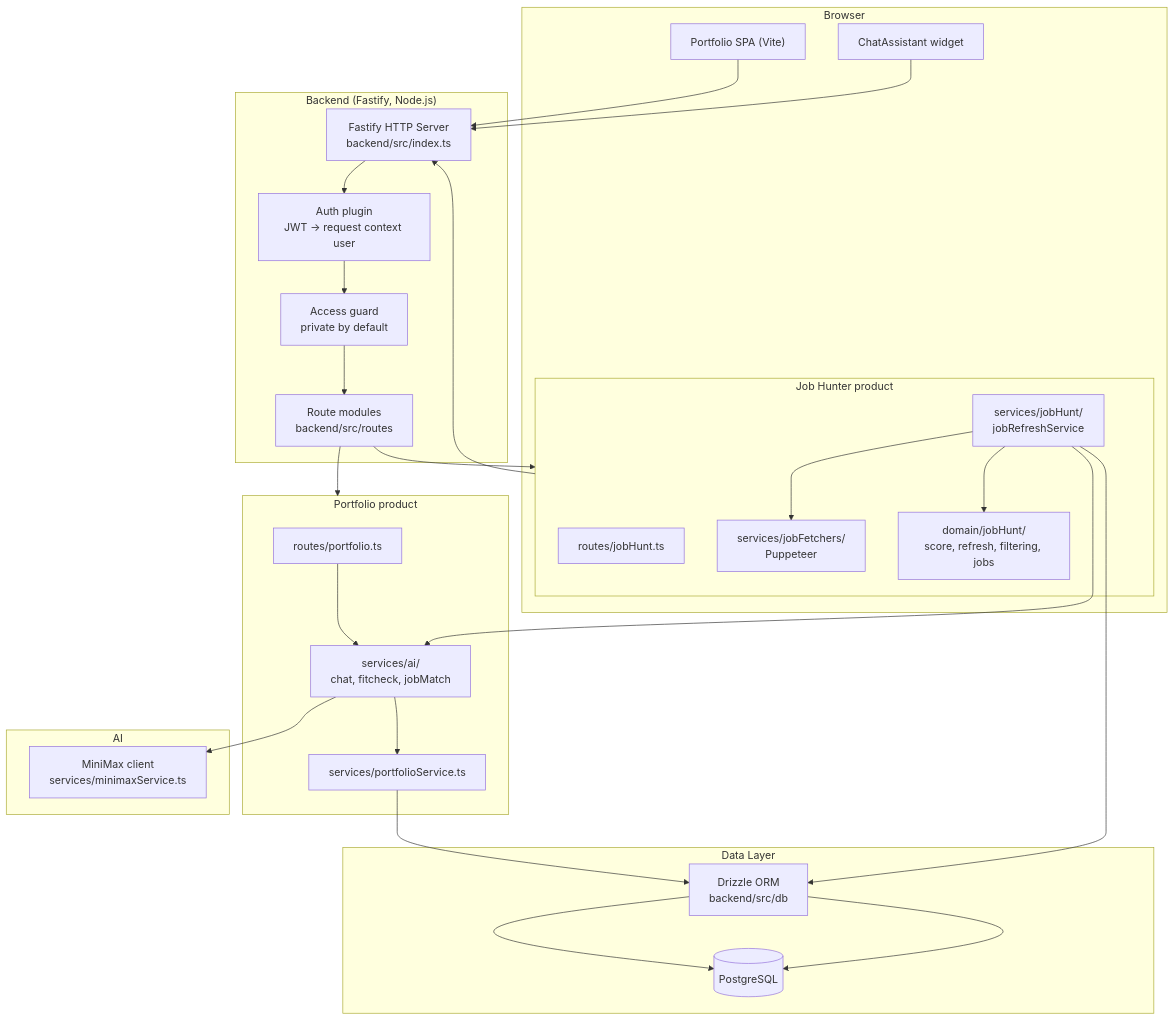
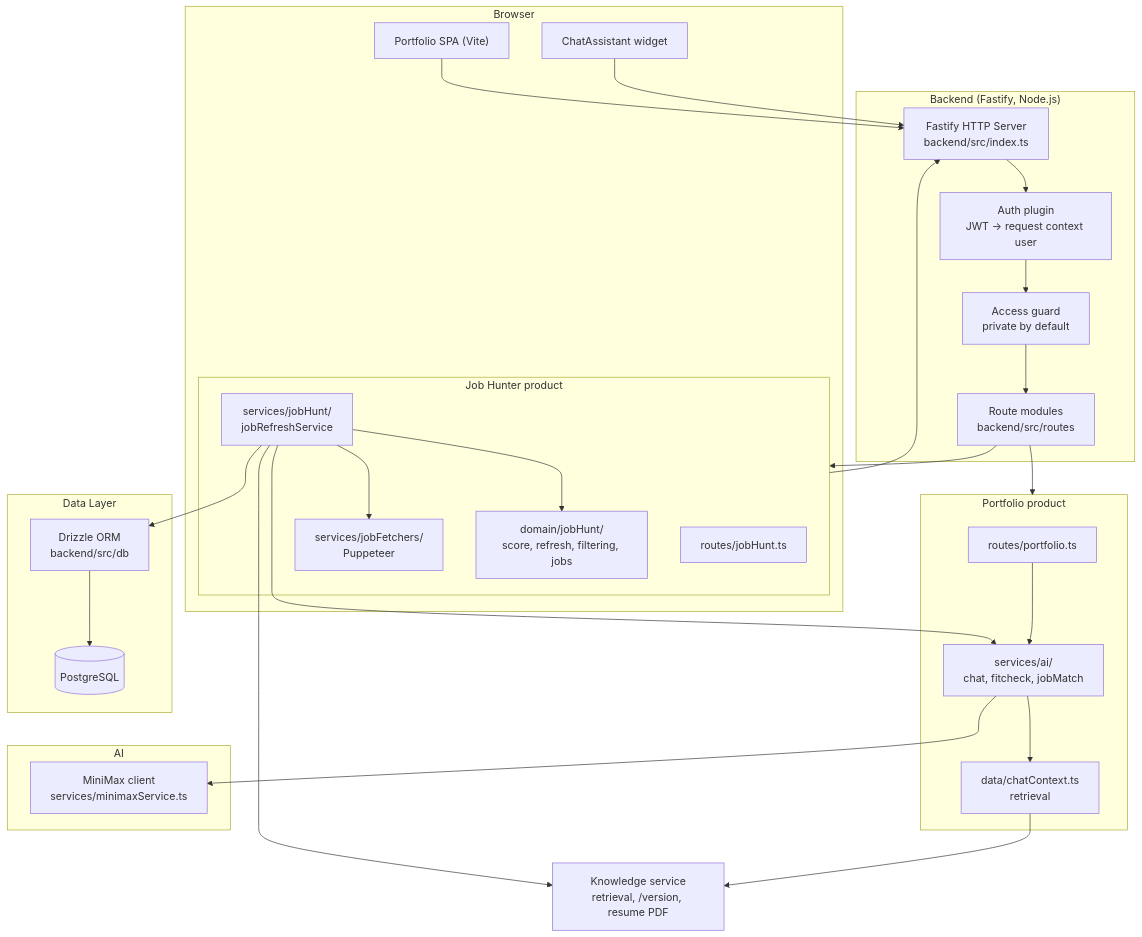
Before and after one commit to raymanguino/six7swe: the first of 2 diagrams in docs/architecture.md, drawn with Mermaid. The commit also changed other lines of this file and 28 other files, not shown here.

````diff
--- a/docs/architecture.md
+++ b/docs/architecture.md
@@ -17,50 +18,53 @@
 ```mermaid
 flowchart TB
   subgraph Browser["Browser"]
     UI["Portfolio SPA (Vite)"]
     Chat["ChatAssistant widget"]
     Hunter["/hunter pages (signed in)"]
   end
 
   subgraph Backend["Backend (Fastify, Node.js)"]
     Fastify["Fastify HTTP Server\nbackend/src/index.ts"]
     Auth["Auth plugin\nJWT -> request context user"]
     Routes["Route modules\nbackend/src/routes"]
     Guard["Access guard\nprivate by default"]
   end
 
   subgraph Portfolio["Portfolio product"]
     PRoutes["routes/portfolio.ts"]
     PSvc["services/ai/\nchat, fitcheck, jobMatch"]
-    PService["services/portfolioService.ts"]
+    PContext["data/chatContext.ts\nretrieval"]
   end
 
   subgraph Hunter["Job Hunter product"]
     HRoutes["routes/jobHunt.ts"]
     HService["services/jobHunt/\njobRefreshService"]
     HFetcher["services/jobFetchers/\nPuppeteer"]
     HDomain["domain/jobHunt/\nscore, refresh, filtering, jobs"]
   end
 
   subgraph Data["Data Layer"]
     DB[("PostgreSQL")]
     Drizzle["Drizzle ORM\nbackend/src/db"]
   end
 
   subgraph AI["AI"]
     MiniMax["MiniMax client\nservices/minimaxService.ts"]
   end
 
+  Knowledge["Knowledge service\nretrieval, /version, resume PDF"]
+
   UI --> Fastify
   Chat --> Fastify
   Hunter --> Fastify
   Fastify --> Auth --> Guard --> Routes
   Routes --> Portfolio
   Routes --> Hunter
-  PRoutes --> PSvc --> PService --> Drizzle --> DB
+  PRoutes --> PSvc --> PContext --> Knowledge
   PSvc --> MiniMax
   HService --> HDomain
   HService --> HFetcher
   HService --> PSvc
+  HService --> Knowledge
   HService --> Drizzle --> DB
 ```
````
